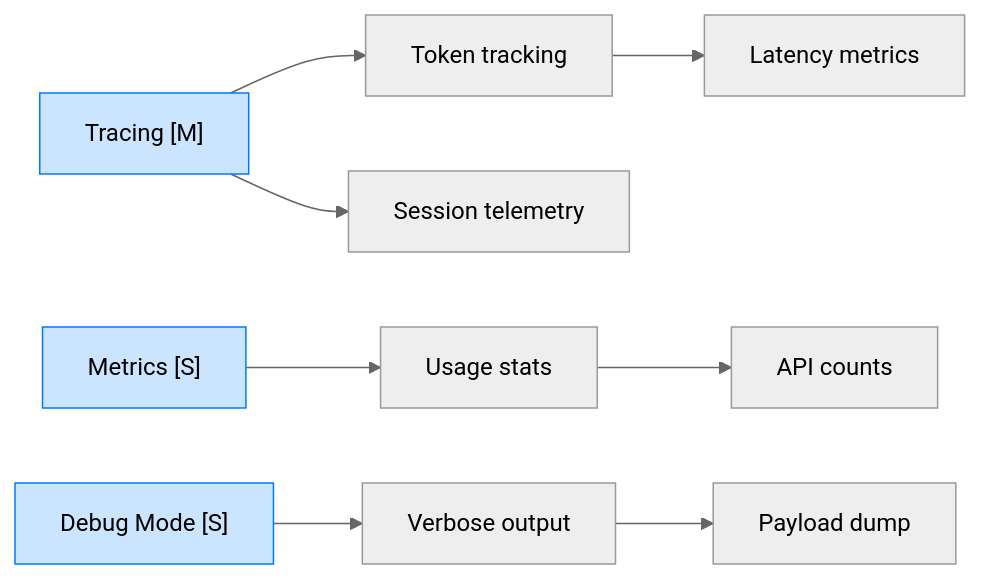
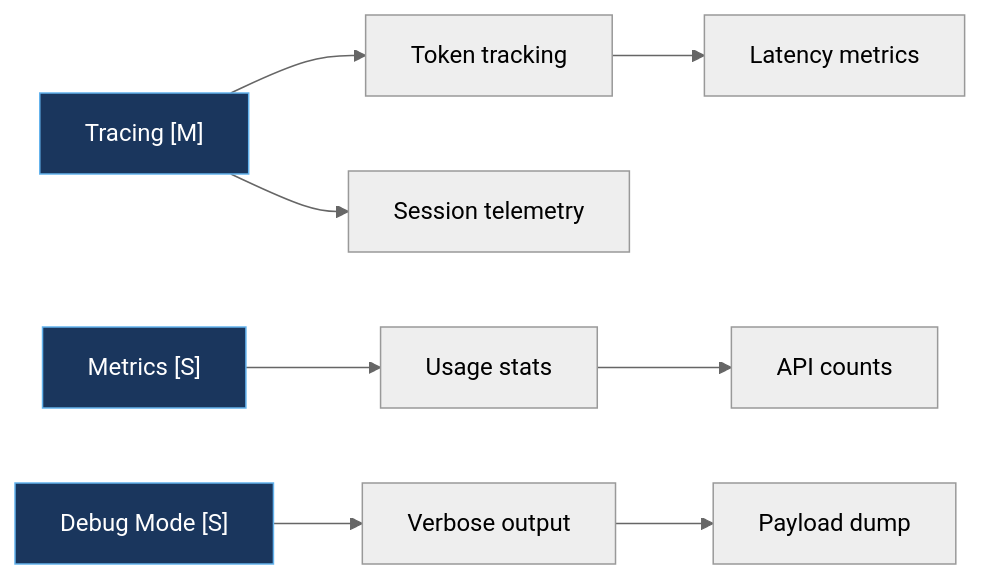
The fifth of 8 diagrams in ROADMAP.md (Miguel-EpicJS/ash-cli), drawn with Mermaid (neutral theme) before and after one commit. The commit also changed other lines of this file, not shown here.

````diff
--- a/ROADMAP.md
+++ b/ROADMAP.md
@@ -206,16 +206,16 @@
 ```mermaid
 flowchart LR
     A0["Tracing [M]"] --> A1[Token tracking]
     A1 --> A2[Latency metrics]
     A0 --> A3[Session telemetry]
     
     B0["Metrics [S]"] --> B1[Usage stats]
     B1 --> B2[API counts]
     
     C0["Debug Mode [S]"] --> C1[Verbose output]
     C1 --> C2[Payload dump]
     
-    style A0 fill:#cce5ff,stroke:#007bff
-    style B0 fill:#cce5ff,stroke:#007bff
-    style C0 fill:#cce5ff,stroke:#007bff
+    style A0 fill:#1a365d,stroke:#63b3ed,color:#fff
+    style B0 fill:#1a365d,stroke:#63b3ed,color:#fff
+    style C0 fill:#1a365d,stroke:#63b3ed,color:#fff
 ```
````
